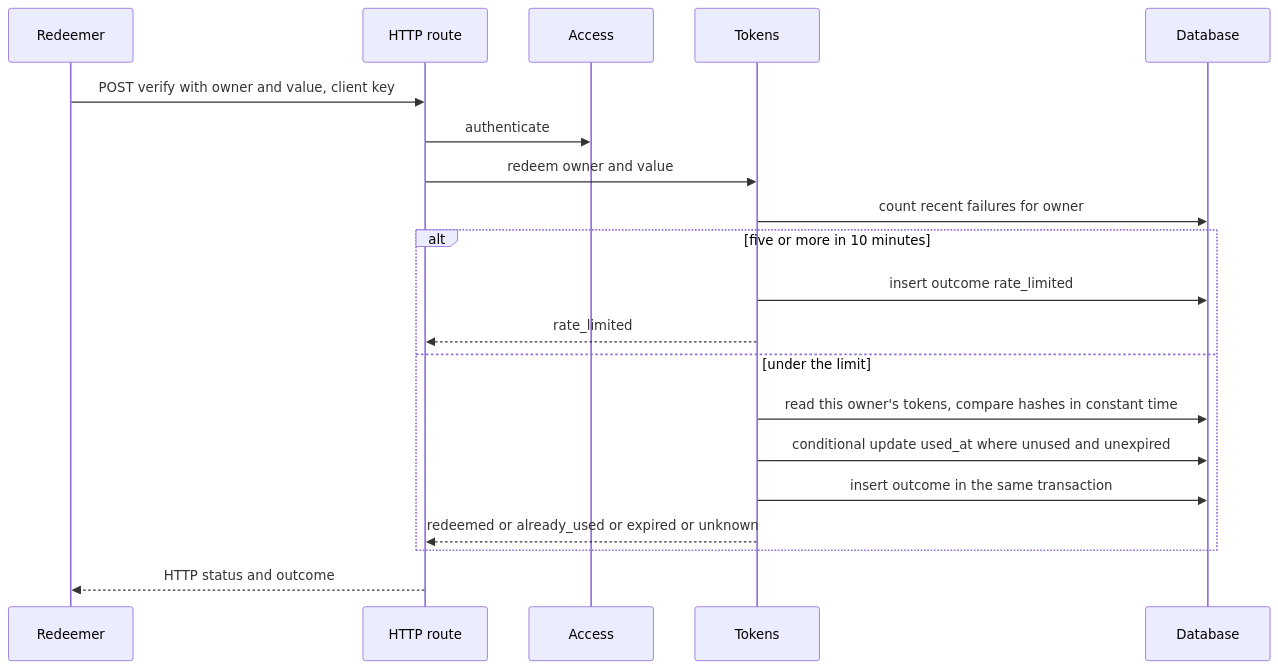
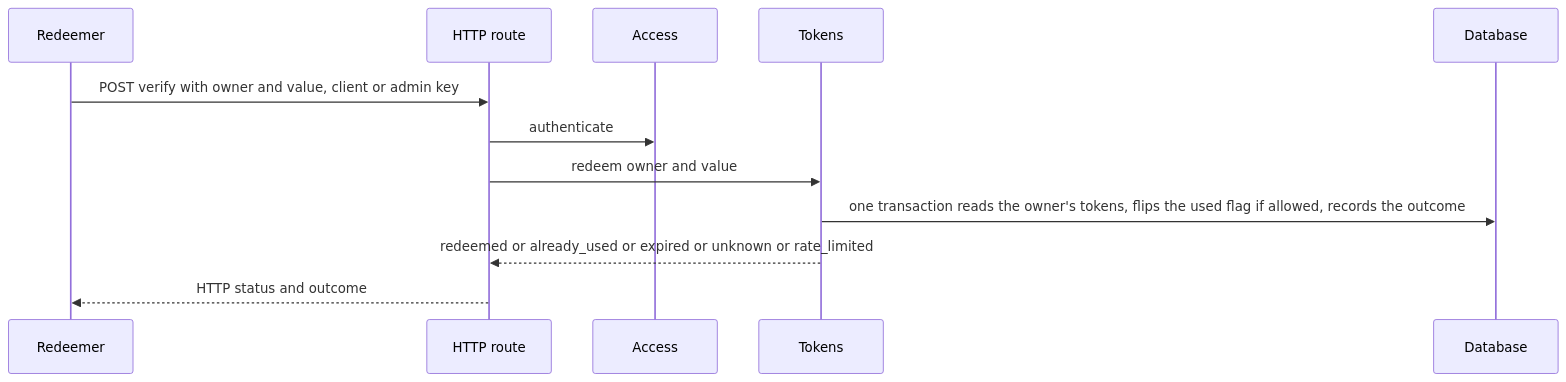
The fourth of 9 diagrams in docs/ARCHITECTURE.md (ThinkBuildMake/qrypt-quantum-entropy), drawn with Mermaid before and after one commit. The commit also changed other lines of this file, not shown here.

First line of the commit message:
Apply fresh-review findings to ARCHITECTURE.md

````diff
--- a/docs/ARCHITECTURE.md
+++ b/docs/ARCHITECTURE.md
@@ -155,22 +158,14 @@
 ```mermaid
 sequenceDiagram
   participant R as Redeemer
   participant H as HTTP route
   participant A as Access
   participant T as Tokens
   participant DB as Database
-  R->>H: POST verify with owner and value, client key
+  R->>H: POST verify with owner and value, client or admin key
   H->>A: authenticate
   H->>T: redeem owner and value
-  T->>DB: count recent failures for owner
-  alt five or more in 10 minutes
-    T->>DB: insert outcome rate_limited
-    T-->>H: rate_limited
-  else under the limit
-    T->>DB: read this owner's tokens, compare hashes in constant time
-    T->>DB: conditional update used_at where unused and unexpired
-    T->>DB: insert outcome in the same transaction
-    T-->>H: redeemed or already_used or expired or unknown
-  end
+  T->>DB: one transaction reads the owner's tokens, flips the used flag if allowed, records the outcome
+  T-->>H: redeemed or already_used or expired or unknown or rate_limited
   H-->>R: HTTP status and outcome
 ```
````
